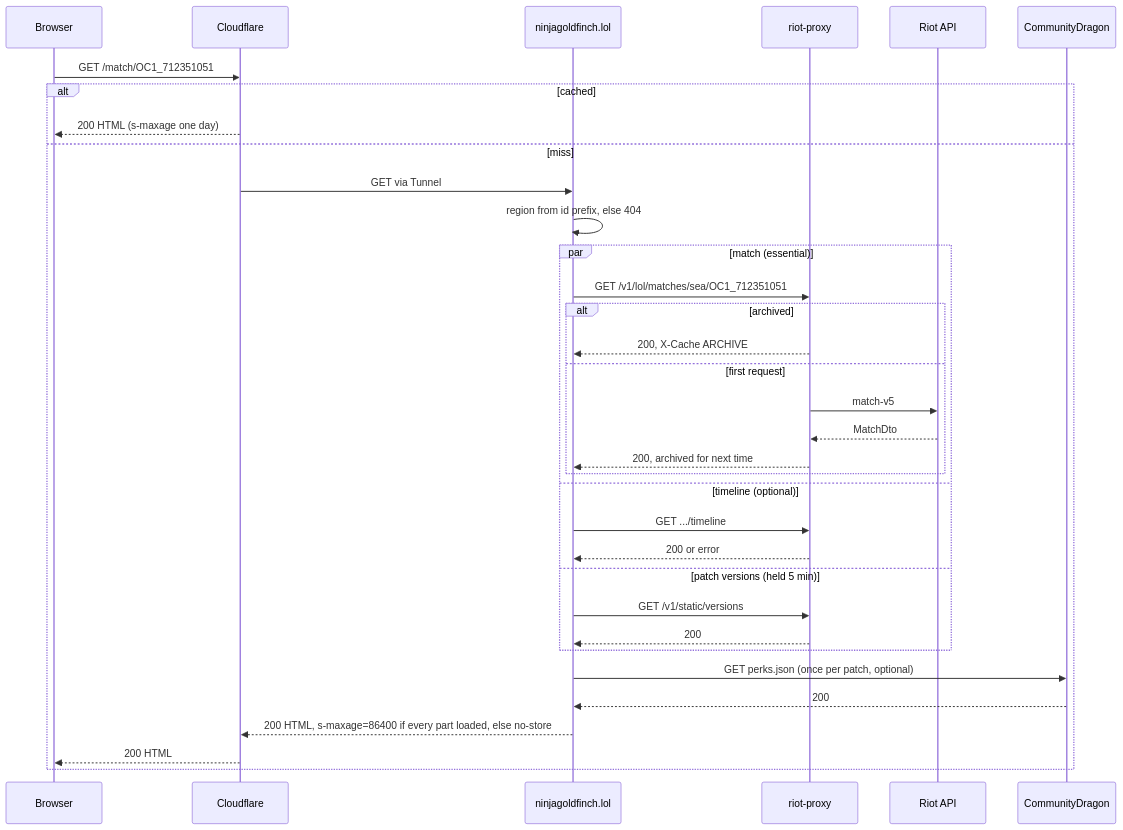
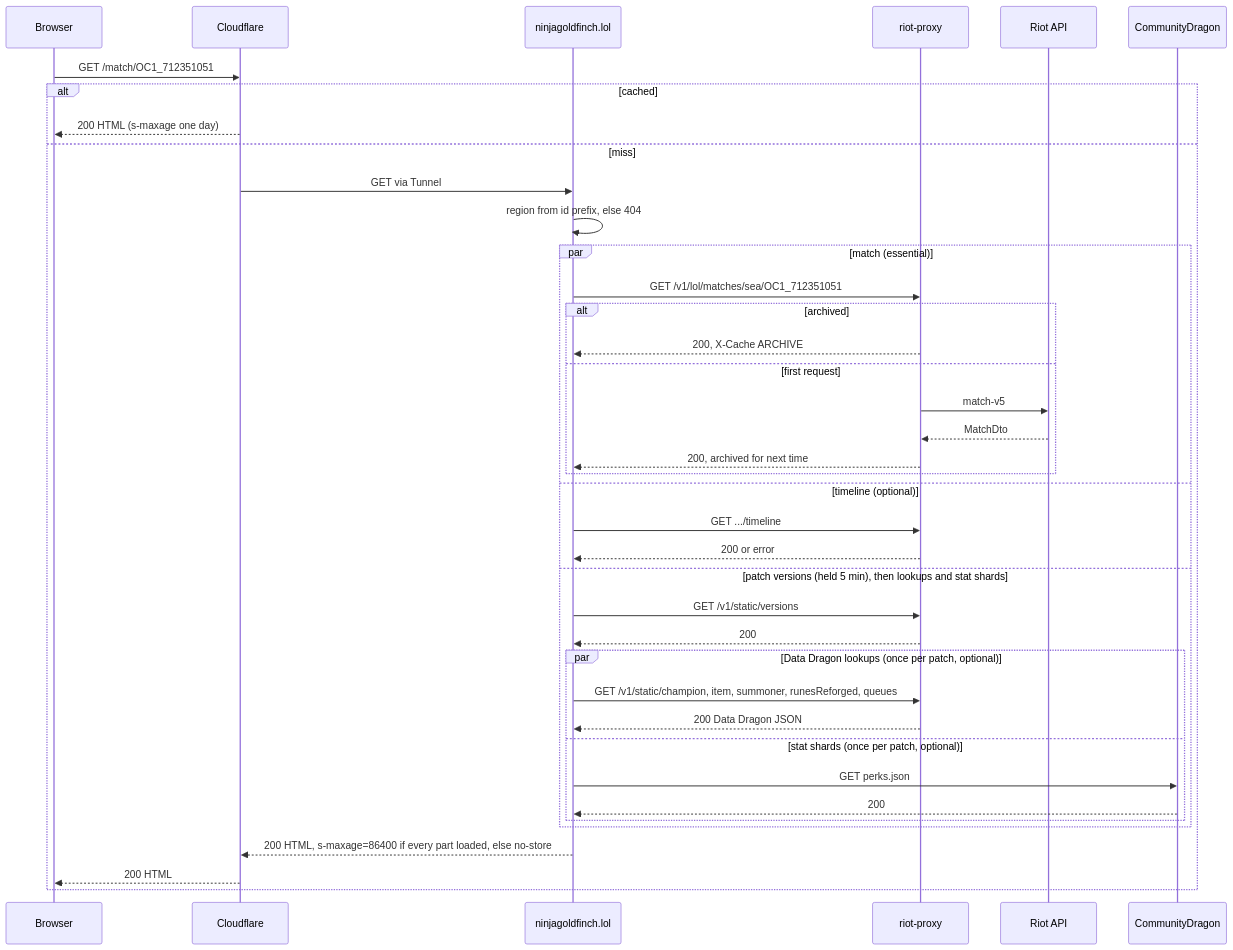
Before and after one commit to NinjaGoldfinch/ninjagoldfinch-lol: the third of 4 diagrams in docs/architecture/request-lifecycle.md, drawn with Mermaid. The commit also changed other lines of this file and 28 other files, not shown here.

First line of the commit message:
perf(loads): start the patch and its lookups alongside each page's main call

````diff
--- a/docs/architecture/request-lifecycle.md
+++ b/docs/architecture/request-lifecycle.md
@@ -103,37 +103,42 @@
 ```mermaid
 sequenceDiagram
   participant Browser
   participant Cloudflare
   participant Site as ninjagoldfinch.lol
   participant Proxy as riot-proxy
   participant Riot as Riot API
   participant CDragon as CommunityDragon
 
   Browser->>Cloudflare: GET /match/OC1_712351051
   alt cached
     Cloudflare-->>Browser: 200 HTML (s-maxage one day)
   else miss
     Cloudflare->>Site: GET via Tunnel
     Site->>Site: region from id prefix, else 404
     par match (essential)
       Site->>Proxy: GET /v1/lol/matches/sea/OC1_712351051
       alt archived
         Proxy-->>Site: 200, X-Cache ARCHIVE
       else first request
         Proxy->>Riot: match-v5
         Riot-->>Proxy: MatchDto
         Proxy-->>Site: 200, archived for next time
       end
     and timeline (optional)
       Site->>Proxy: GET .../timeline
       Proxy-->>Site: 200 or error
-    and patch versions (held 5 min)
+    and patch versions (held 5 min), then lookups and stat shards
       Site->>Proxy: GET /v1/static/versions
       Proxy-->>Site: 200
+      par Data Dragon lookups (once per patch, optional)
+        Site->>Proxy: GET /v1/static/champion, item, summoner, runesReforged, queues
+        Proxy-->>Site: 200 Data Dragon JSON
+      and stat shards (once per patch, optional)
+        Site->>CDragon: GET perks.json
+        CDragon-->>Site: 200
+      end
     end
-    Site->>CDragon: GET perks.json (once per patch, optional)
-    CDragon-->>Site: 200
     Site-->>Cloudflare: 200 HTML, s-maxage=86400 if every part loaded, else no-store
     Cloudflare-->>Browser: 200 HTML
   end
 ```
````
